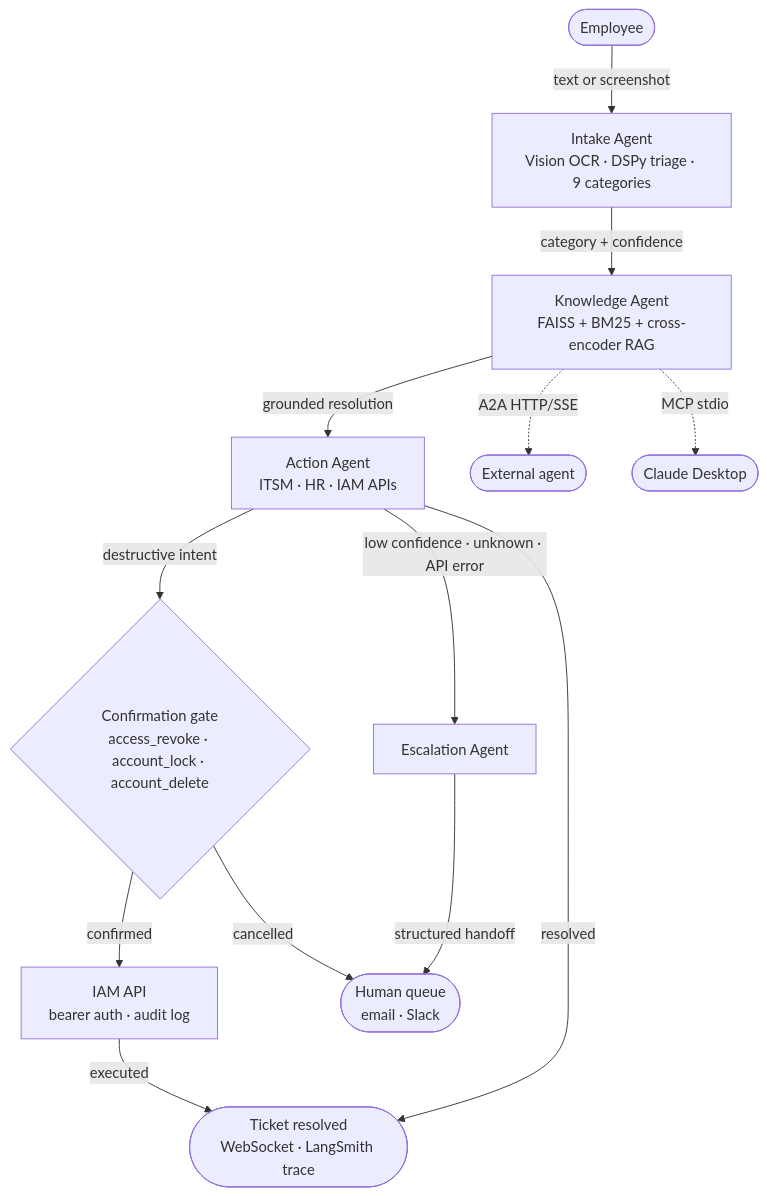
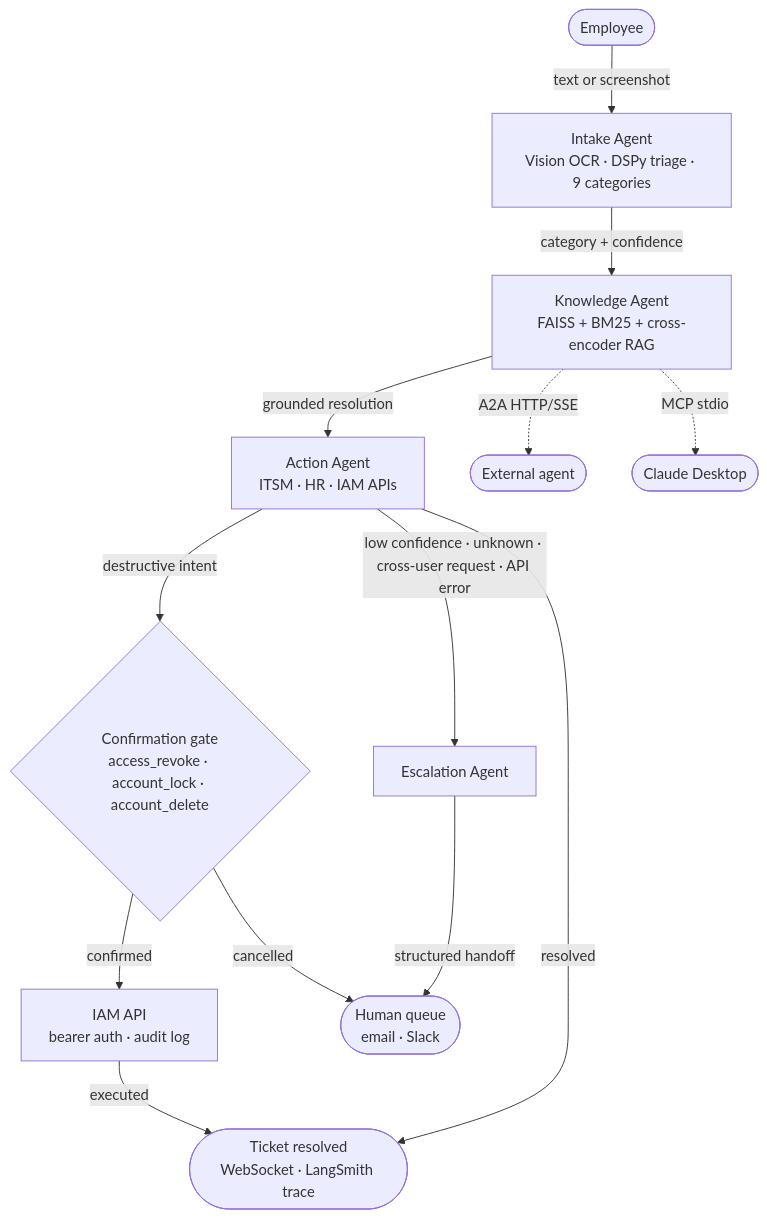
The diagram in README.md (Subh24ai/neuradesk), drawn with Mermaid before and after one commit. The commit also changed other lines of this file and 24 other files, not shown here.

````diff
--- a/README.md
+++ b/README.md
@@ -24,18 +24,18 @@
 ```mermaid
 graph TD
     A([Employee]) -->|text or screenshot| B[Intake Agent<br/>Vision OCR · DSPy triage · 9 categories]
     B -->|category + confidence| C[Knowledge Agent<br/>FAISS + BM25 + cross-encoder RAG]
     C -->|grounded resolution| D[Action Agent<br/>ITSM · HR · IAM APIs]
 
     D -->|destructive intent| GATE{Confirmation gate<br/>access_revoke · account_lock · account_delete}
     GATE -->|confirmed| IAM[IAM API<br/>bearer auth · audit log]
     IAM -->|executed| E
     GATE -->|cancelled| G
 
     D -->|resolved| E([Ticket resolved<br/>WebSocket · LangSmith trace])
-    D -->|low confidence · unknown · API error| F[Escalation Agent]
+    D -->|low confidence · unknown · cross-user request · API error| F[Escalation Agent]
     F -->|structured handoff| G([Human queue<br/>email · Slack])
 
     C -.->|A2A HTTP/SSE| EXT1([External agent])
     C -.->|MCP stdio| EXT2([Claude Desktop])
 ```
````
